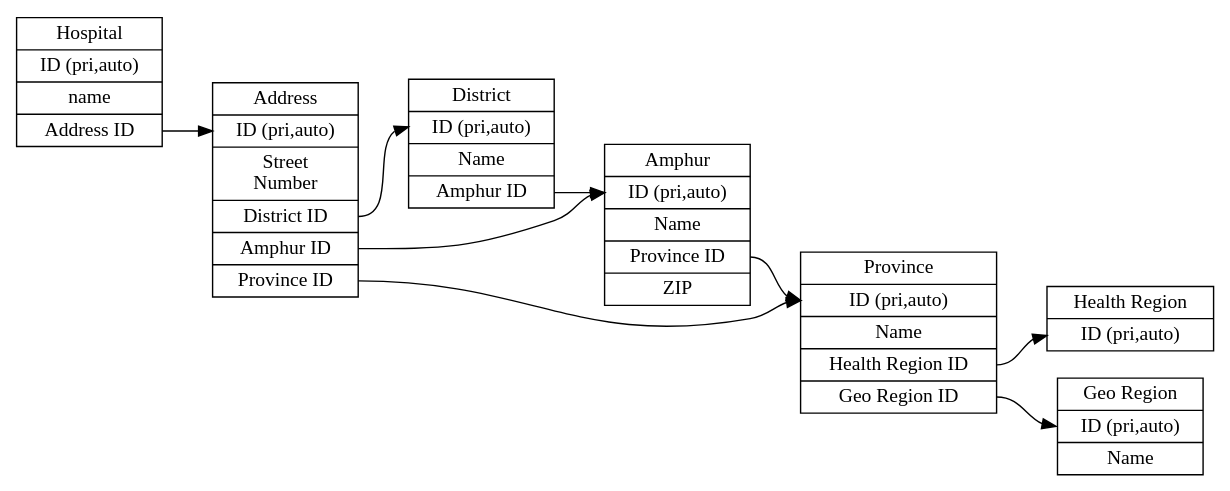
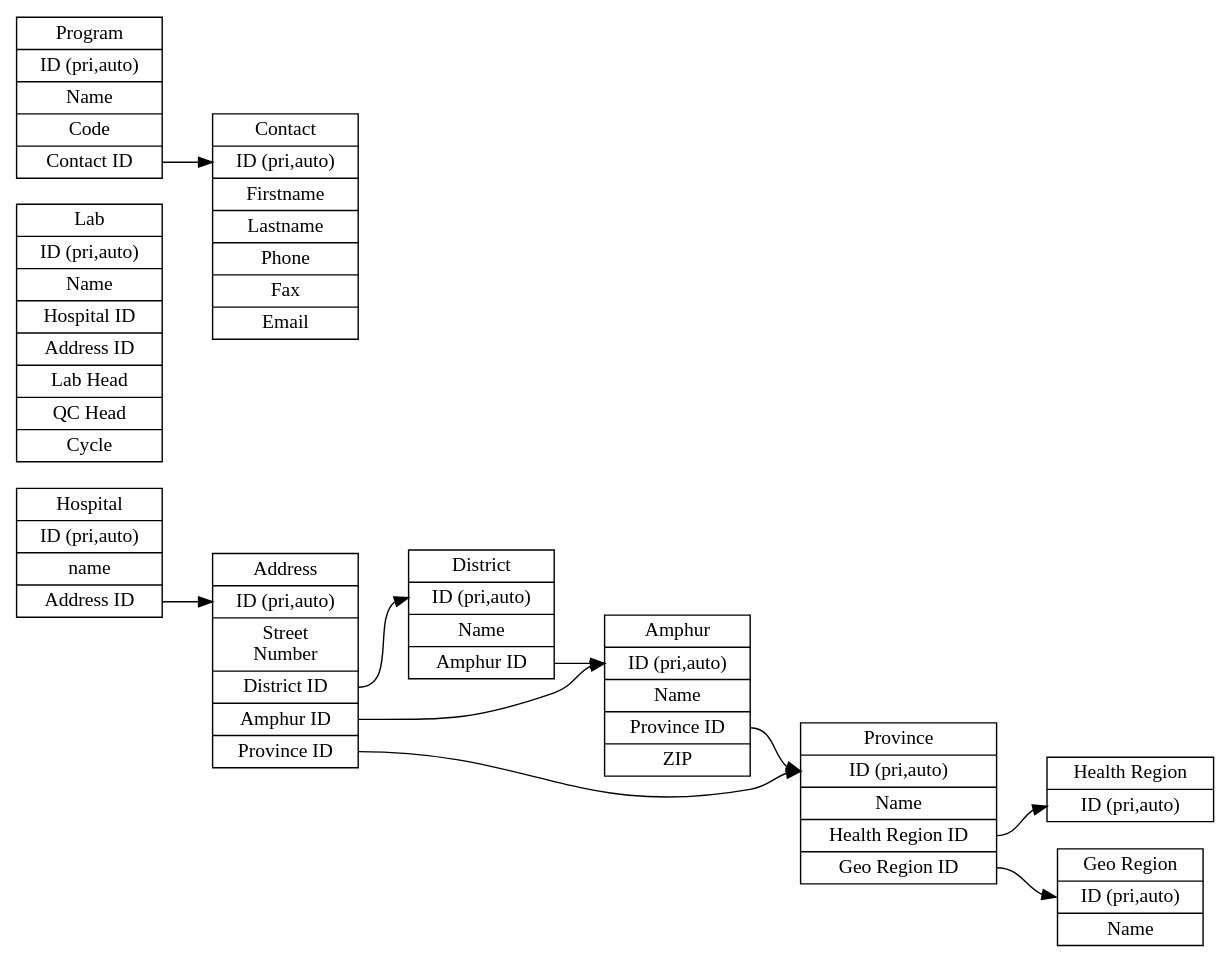
Before and after one commit to likit/medtech-ieqa: the diagram in customerdb.dot, drawn with Graphviz.

Commit message:
added lab, contact, program tables

```diff
--- a/customerdb.dot
+++ b/customerdb.dot
@@ -1,22 +1,28 @@
 digraph G {
     graph [rankdir = "LR"];
     "hospital_table" [shape = "record" label = "Hospital|ID (pri,auto)|name|<f3>Address ID"];
     "address_table" [shape = "record" label="Address|<f1>ID (pri,auto)|Street\nNumber|<f3>District ID|<f4>Amphur ID|<f5>Province ID"];
     "province_table" [shape = "record" label="Province|<f1>ID (pri,auto)|Name|<f3>Health Region ID|<f4>Geo Region ID"];
     "amphur_table" [shape="record" label="Amphur|<f1>ID (pri,auto)|Name|<f3>Province ID|ZIP"];
     "district_table" [shape="record" label="District|<f1>ID (pri,auto)|Name|<f3>Amphur ID"];
     "health_region_table" [shape="record" label="Health Region|<f1>ID (pri,auto)"];
     "geo_region_table" [shape="record" label="Geo Region|<f1>ID (pri,auto)|Name"];
+
+    "lab_table" [shape="record" label="Lab|ID (pri,auto)|Name|Hospital ID|Address ID|Lab Head|QC Head|Cycle"]
+    "contact_table" [shape="record" label="Contact|<f1>ID (pri,auto)|Firstname|Lastname|Phone|Fax|Email"]
+    "program_table" [shape="record" label="Program|ID (pri,auto)|Name|Code|<f4>Contact ID"];
 
     "address_table":f3 -> "district_table":f1;
     "address_table":f4 -> "amphur_table":f1;
     "address_table":f5 -> "province_table":f1;
 
     "hospital_table":f3 -> "address_table":f1;
 
     "amphur_table":f3 -> "province_table":f1;
     "district_table":f3 -> "amphur_table":f1;
 
     "province_table":f3 -> "health_region_table":f1;
     "province_table":f4 -> "geo_region_table":f1;
+
+    "program_table":f4 -> "contact_table":f1;
 }
```
